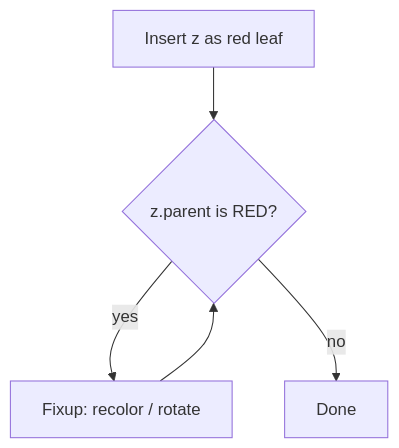
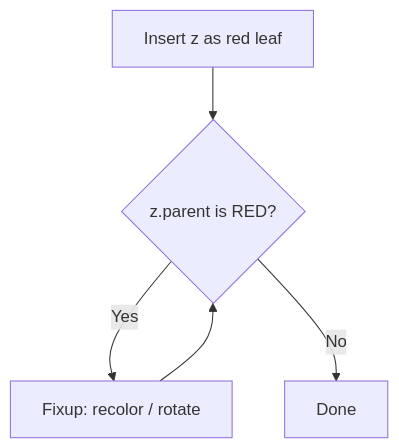
Before and after one commit to LikhithST/CS213-293-Data-Structure-and-Algorithms-2025: the diagram in algo-scidocs-md/SKILL.md, drawn with Mermaid. The commit also changed other lines of this file and 6 other files, not shown here.

````diff
--- a/algo-scidocs-md/SKILL.md
+++ b/algo-scidocs-md/SKILL.md
@@ -147,7 +161,7 @@
 ```mermaid
 flowchart TD
     A[Insert z as red leaf] --> B{z.parent is RED?}
-    B -- yes --> C[Fixup: recolor / rotate]
+    B -->|Yes| C[Fixup: recolor / rotate]
     C --> B
-    B -- no --> D[Done]
+    B -->|No| D[Done]
 ```
````
